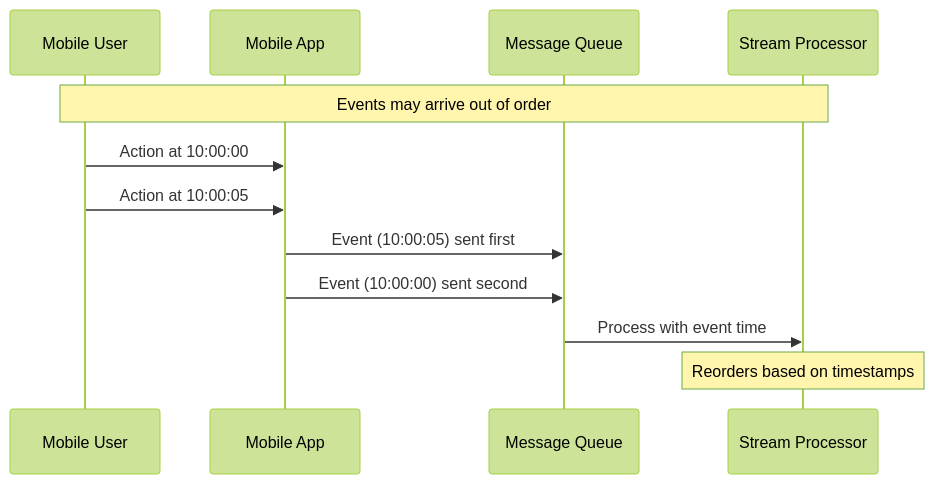
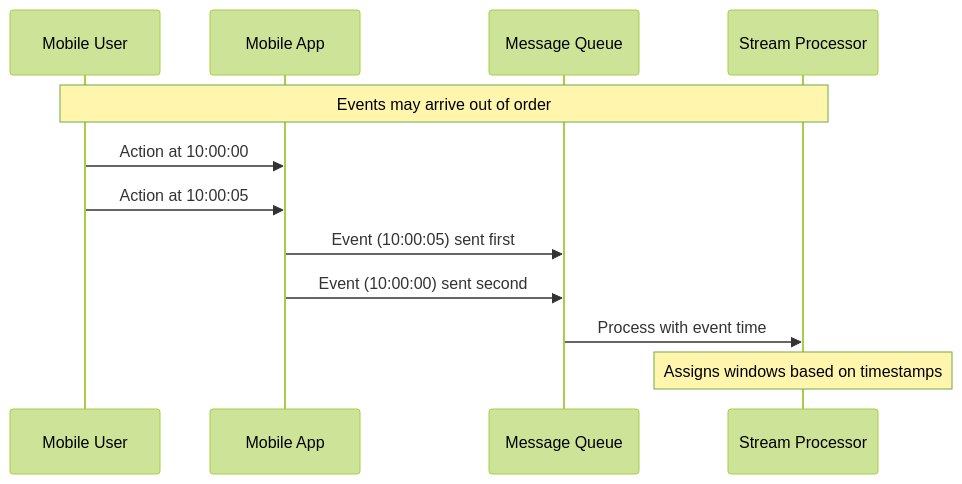
The second of 5 diagrams in posts/2026-01-30-event-time-processing/README.md (OneUptime/blog), drawn with Mermaid (forest theme) before and after one commit. The commit also changed other lines of this file and 2 other files, not shown here.

````diff
--- a/posts/2026-01-30-event-time-processing/README.md
+++ b/posts/2026-01-30-event-time-processing/README.md
@@ -41,15 +41,15 @@
 ```mermaid
 sequenceDiagram
     participant User as Mobile User
     participant App as Mobile App
     participant Queue as Message Queue
     participant Processor as Stream Processor
 
     Note over User,Processor: Events may arrive out of order
     User->>App: Action at 10:00:00
     User->>App: Action at 10:00:05
     App->>Queue: Event (10:00:05) sent first
     App->>Queue: Event (10:00:00) sent second
     Queue->>Processor: Process with event time
-    Note over Processor: Reorders based on timestamps
+    Note over Processor: Assigns windows based on timestamps
 ```
````
